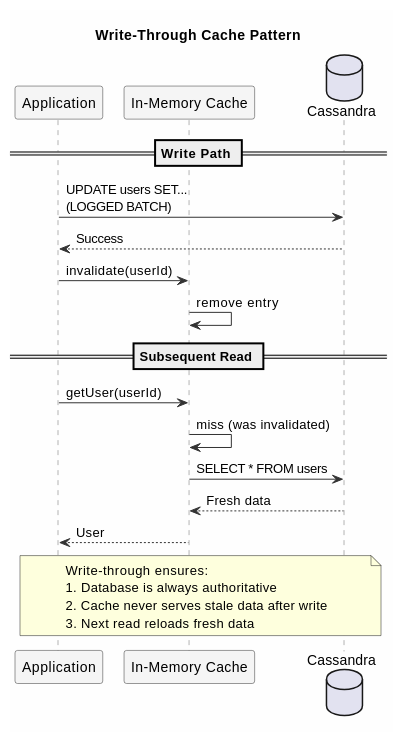
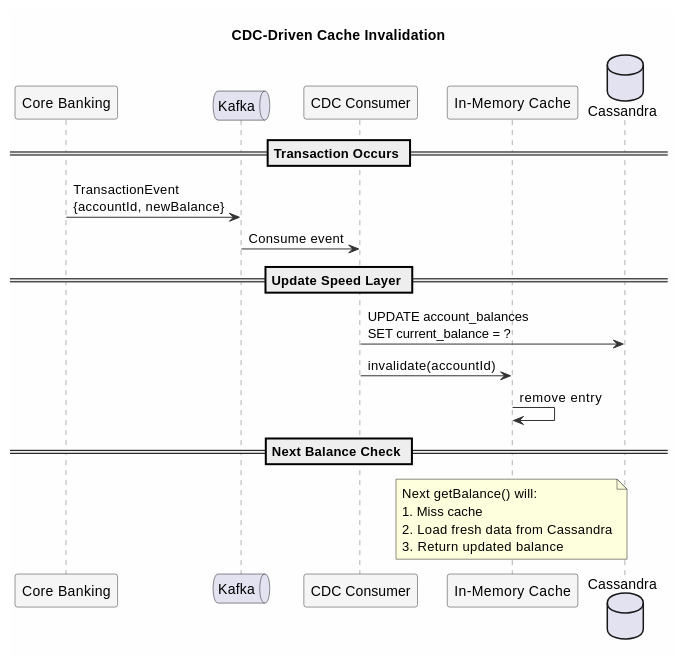
The sixth of 12 diagrams in docs/data-platforms/cassandra/application-development/patterns/speed-layer.md (axonops/documentation), drawn with PlantUML before and after one commit. The commit also changed other lines of this file, not shown here.

Commit message:
Update speed-layer pattern: bank transactions with static columns for balance

````diff
--- a/docs/data-platforms/cassandra/application-development/patterns/speed-layer.md
+++ b/docs/data-platforms/cassandra/application-development/patterns/speed-layer.md
@@ -469,37 +482,37 @@
 ```plantuml
 @startuml
 skinparam backgroundColor #FEFEFE
 skinparam sequence {
     ArrowColor #333333
     LifeLineBorderColor #666666
     ParticipantBackgroundColor #F5F5F5
     ParticipantBorderColor #333333
 }
 
-title Write-Through Cache Pattern
+title CDC-Driven Cache Invalidation
 
-participant "Application" as app
+participant "Core Banking" as core
+queue "Kafka" as kafka
+participant "CDC Consumer" as cdc
 participant "In-Memory Cache" as cache
 database "Cassandra" as cass
 
-== Write Path ==
-app -> cass : UPDATE users SET...\n(LOGGED BATCH)
-cass --> app : Success
-app -> cache : invalidate(userId)
+== Transaction Occurs ==
+core -> kafka : TransactionEvent\n{accountId, newBalance}
+kafka -> cdc : Consume event
+
+== Update Speed Layer ==
+cdc -> cass : UPDATE account_balances\nSET current_balance = ?
+cdc -> cache : invalidate(accountId)
 cache -> cache : remove entry
 
-== Subsequent Read ==
-app -> cache : getUser(userId)
-cache -> cache : miss (was invalidated)
-cache -> cass : SELECT * FROM users
-cass --> cache : Fresh data
-cache --> app : User
+== Next Balance Check ==
+note over cache
+Next getBalance() will:
+1. Miss cache
+2. Load fresh data from Cassandra
+3. Return updated balance
+end note
 
-note over app, cass
-Write-through ensures:
-1. Database is always authoritative
-2. Cache never serves stale data after write
-3. Next read reloads fresh data
-end note
 @enduml
 ```
````
